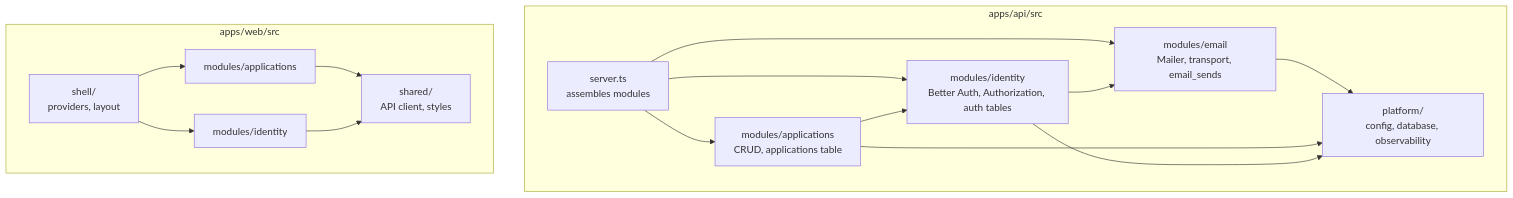
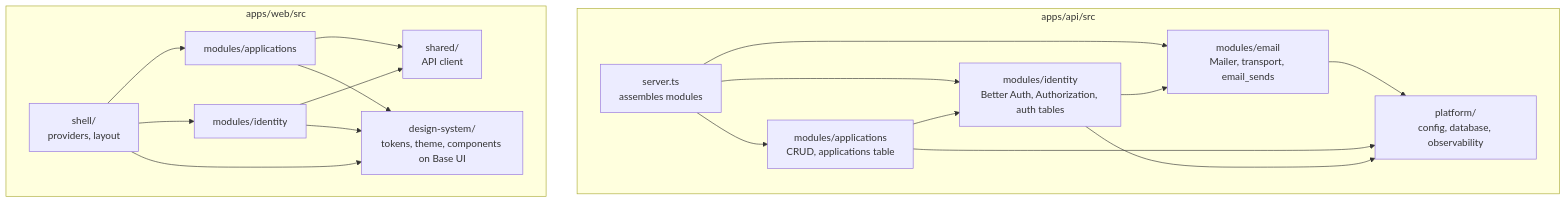
One commit to brianpatterson/roundtable changed the second of 7 diagrams in docs/architecture.md. Above: the diagram before and after it, drawn with Mermaid. The commit also changed other lines of this file and 39 other files, not shown here.

First line of the commit message:
feat(web): a Material-style design system on Base UI and CSS Modules (ADR-0024)

````diff
--- a/docs/architecture.md
+++ b/docs/architecture.md
@@ -72,17 +72,18 @@
 ```mermaid
 flowchart TB
   subgraph api[apps/api/src]
     server[server.ts<br/>assembles modules] --> applications & identity & email
     applications[modules/applications<br/>CRUD, applications table] --> identity
     identity[modules/identity<br/>Better Auth, Authorization, auth tables] --> email
     email[modules/email<br/>Mailer, transport, email_sends] --> platform
     applications --> platform
     identity --> platform
     platform[platform/<br/>config, database, observability]
   end
   subgraph web[apps/web/src]
     shell[shell/<br/>providers, layout] --> wapps[modules/applications] & wid[modules/identity]
-    wapps --> wshared[shared/<br/>API client, styles]
+    wapps --> wshared[shared/<br/>API client]
     wid --> wshared
+    shell & wapps & wid --> ds[design-system/<br/>tokens, theme, components on Base UI]
   end
 ```
````
